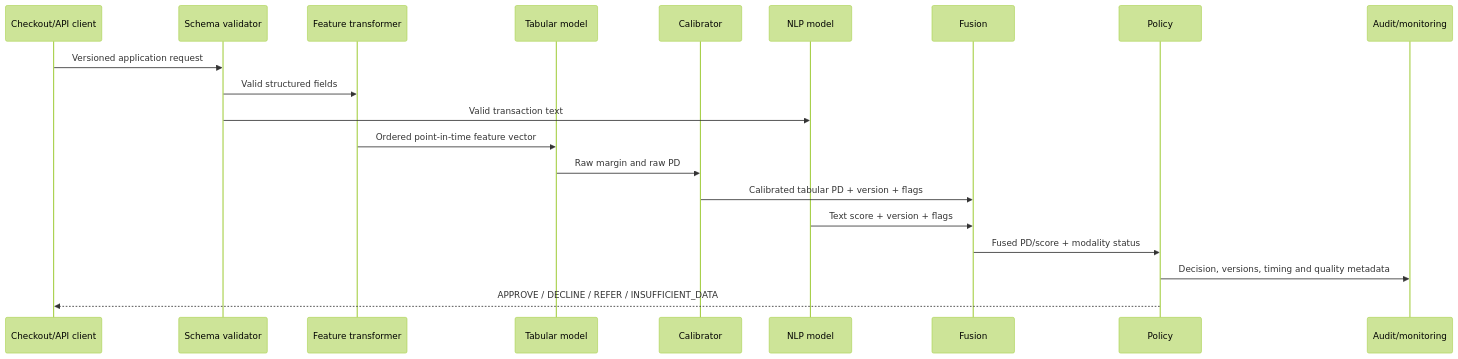
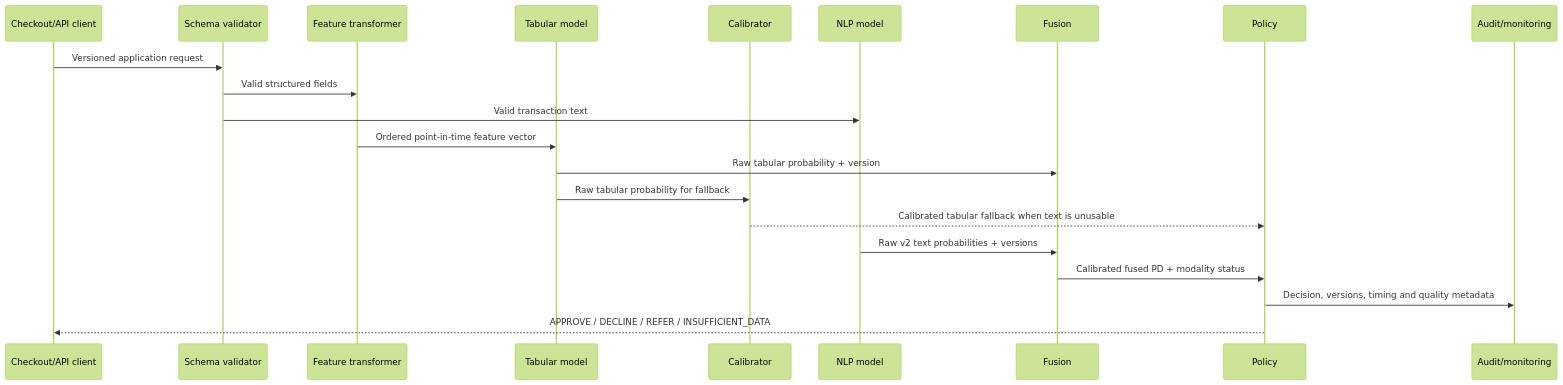
Before and after one commit to Evannoshy/instant-checkout-credit-engine: the third of 3 diagrams in docs/architecture.md, drawn with Mermaid (forest theme). The commit also changed other lines of this file and 12 other files, not shown here.

````diff
--- a/docs/architecture.md
+++ b/docs/architecture.md
@@ -110,23 +110,24 @@
 ```mermaid
 sequenceDiagram
     participant C as Checkout/API client
     participant V as Schema validator
     participant F as Feature transformer
     participant T as Tabular model
     participant P as Calibrator
     participant N as NLP model
     participant U as Fusion
     participant D as Policy
     participant A as Audit/monitoring
 
     C->>V: Versioned application request
     V->>F: Valid structured fields
     V->>N: Valid transaction text
     F->>T: Ordered point-in-time feature vector
-    T->>P: Raw margin and raw PD
-    P->>U: Calibrated tabular PD + version + flags
-    N->>U: Text score + version + flags
-    U->>D: Fused PD/score + modality status
+    T->>U: Raw tabular probability + version
+    T->>P: Raw tabular probability for fallback
+    P-->>D: Calibrated tabular fallback when text is unusable
+    N->>U: Raw v2 text probabilities + versions
+    U->>D: Calibrated fused PD + modality status
     D->>A: Decision, versions, timing and quality metadata
     D-->>C: APPROVE / DECLINE / REFER / INSUFFICIENT_DATA
 ```
````
